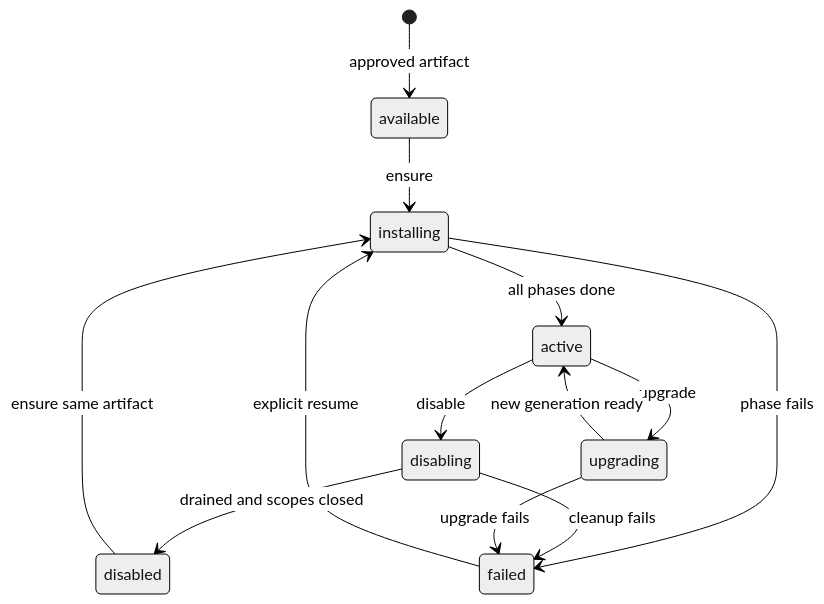
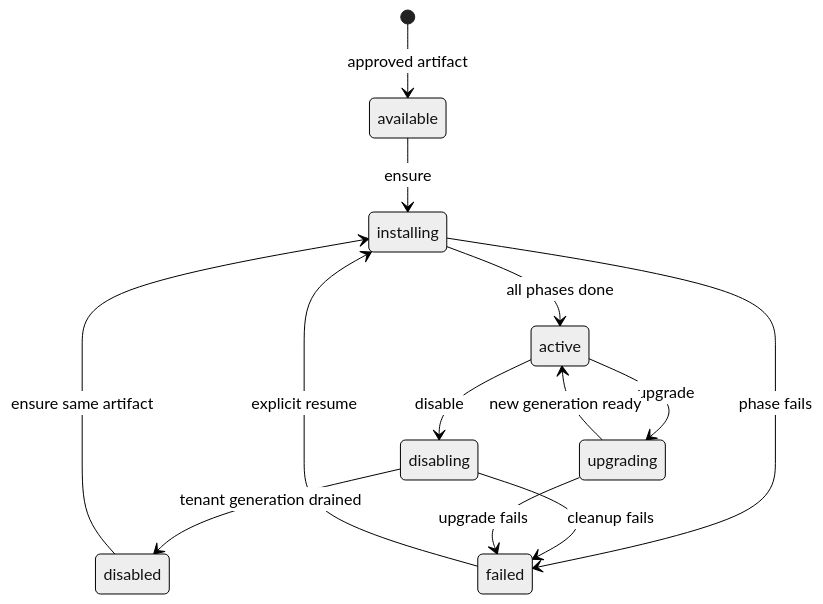
One commit to leaderiop/Bridger changed the second of 2 diagrams in docs/ERP-DISTRIBUTION.md. Above: the diagram before and after it, drawn with Mermaid (neutral theme). The commit also changed other lines of this file and 173 other files, not shown here.

````diff
--- a/docs/ERP-DISTRIBUTION.md
+++ b/docs/ERP-DISTRIBUTION.md
@@ -232,15 +232,15 @@
 ```mermaid
 stateDiagram-v2
     [*] --> available: approved artifact
     available --> installing: ensure
     installing --> active: all phases done
     installing --> failed: phase fails
     active --> disabling: disable
-    disabling --> disabled: drained and scopes closed
+    disabling --> disabled: tenant generation drained
     disabling --> failed: cleanup fails
     disabled --> installing: ensure same artifact
     active --> upgrading: upgrade
     upgrading --> active: new generation ready
     upgrading --> failed: upgrade fails
     failed --> installing: explicit resume
 ```
````
